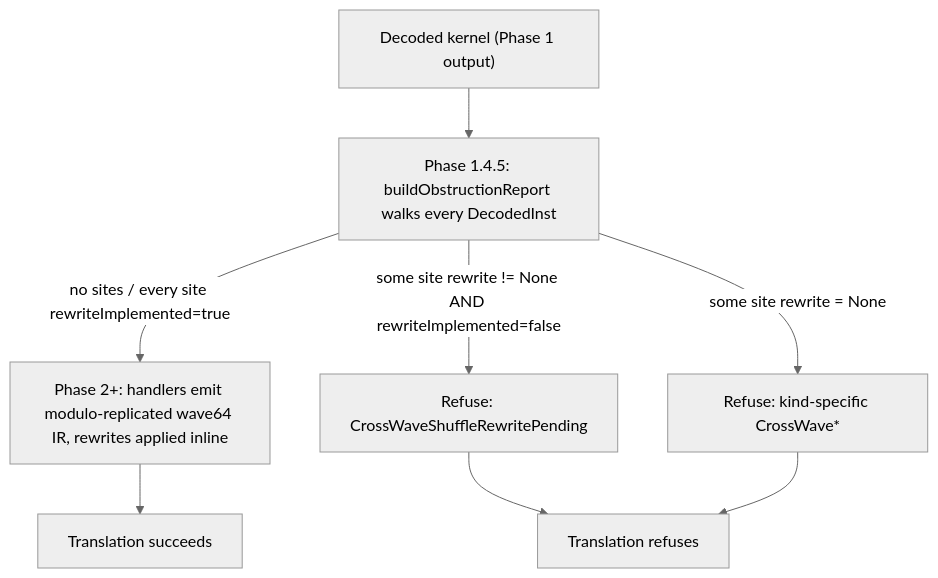
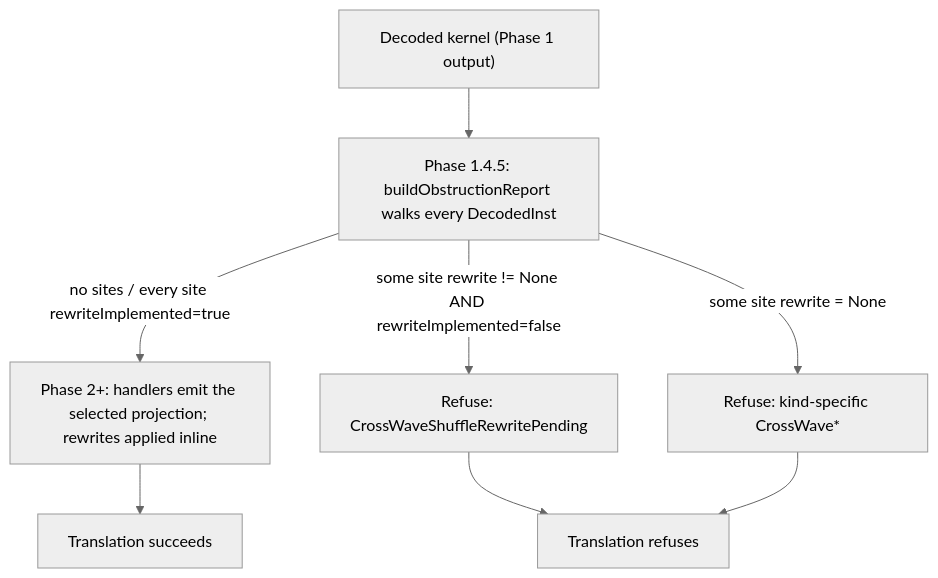
The diagram in amd/comgr/src/hotswap/docs/wave-size-translation.md (nirmie/llvm-project), drawn with Mermaid (neutral theme) before and after one commit. The commit also changed other lines of this file and 93 other files, not shown here.

````diff
--- a/amd/comgr/src/hotswap/docs/wave-size-translation.md
+++ b/amd/comgr/src/hotswap/docs/wave-size-translation.md
@@ -779,10 +782,10 @@
 ```mermaid
 flowchart TD
     decoded["Decoded kernel (Phase 1 output)"] --> analyse["Phase 1.4.5: buildObstructionReport walks every DecodedInst"]
-    analyse -->|no sites / every site rewriteImplemented=true| emit["Phase 2+: handlers emit modulo-replicated wave64 IR, rewrites applied inline"]
+    analyse -->|no sites / every site rewriteImplemented=true| emit["Phase 2+: handlers emit the selected projection; rewrites applied inline"]
     analyse -->|some site rewrite != None AND rewriteImplemented=false| pending["Refuse: CrossWaveShuffleRewritePending"]
     analyse -->|some site rewrite = None| unrewritable["Refuse: kind-specific CrossWave*"]
     emit --> done["Translation succeeds"]
     pending --> stop["Translation refuses"]
     unrewritable --> stop
 ```
````
